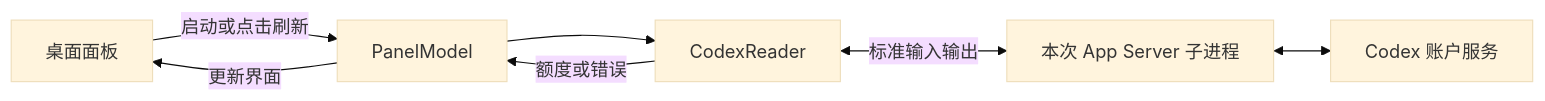
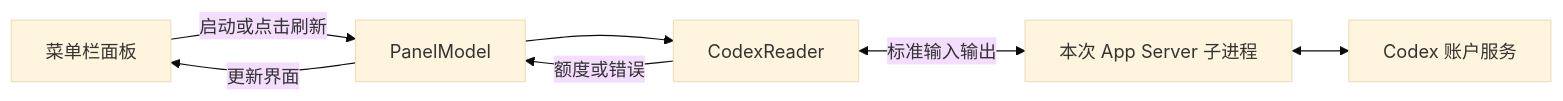
One commit to AZREALH/Codexmonitor changed the diagram in design.md. Above: the diagram before and after it, drawn with Mermaid (base theme). The commit also changed other lines of this file and 7 other files, not shown here.

````diff
--- a/design.md
+++ b/design.md
@@ -11,9 +11,9 @@
 ```mermaid
 flowchart LR
-    Panel[桌面面板] -->|启动或点击刷新| Model[PanelModel]
+    Panel[菜单栏面板] -->|启动或点击刷新| Model[PanelModel]
     Model --> Reader[CodexReader]
     Reader <-->|标准输入输出| Server[本次 App Server 子进程]
     Server <--> Account[Codex 账户服务]
     Reader -->|额度或错误| Model
     Model -->|更新界面| Panel
 ```
````
